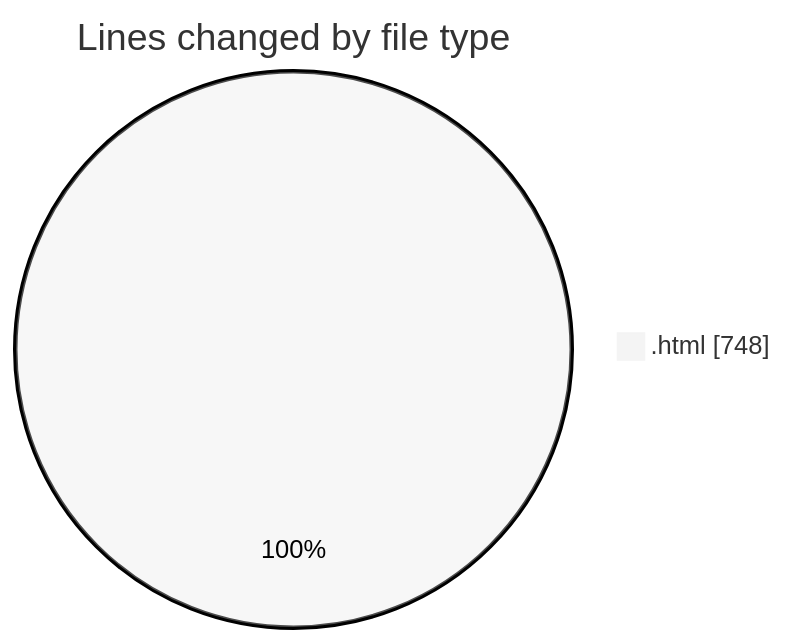
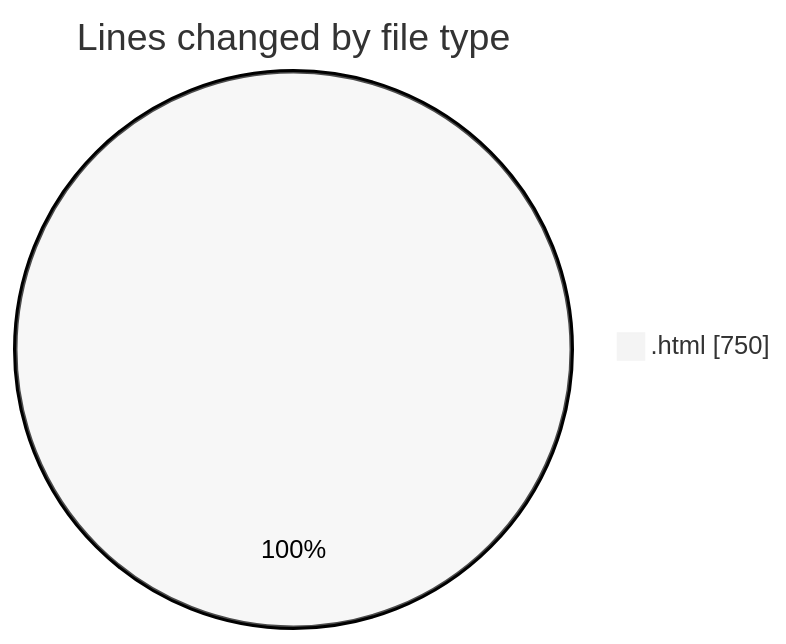
Before and after one commit to LanceThiago/code-tracking: the first of 2 diagrams in 2025-01-08/nueva_carpeta/README.md, drawn with Mermaid (neutral theme). The commit also changed other lines of this file and 1 other file, not shown here.

````diff
--- a/2025-01-08/nueva_carpeta/README.md
+++ b/2025-01-08/nueva_carpeta/README.md
@@ -20,5 +20,5 @@
 ```mermaid
 pie showData
 title Lines changed by file type
-".html" : 748
+".html" : 750
 ```
````
